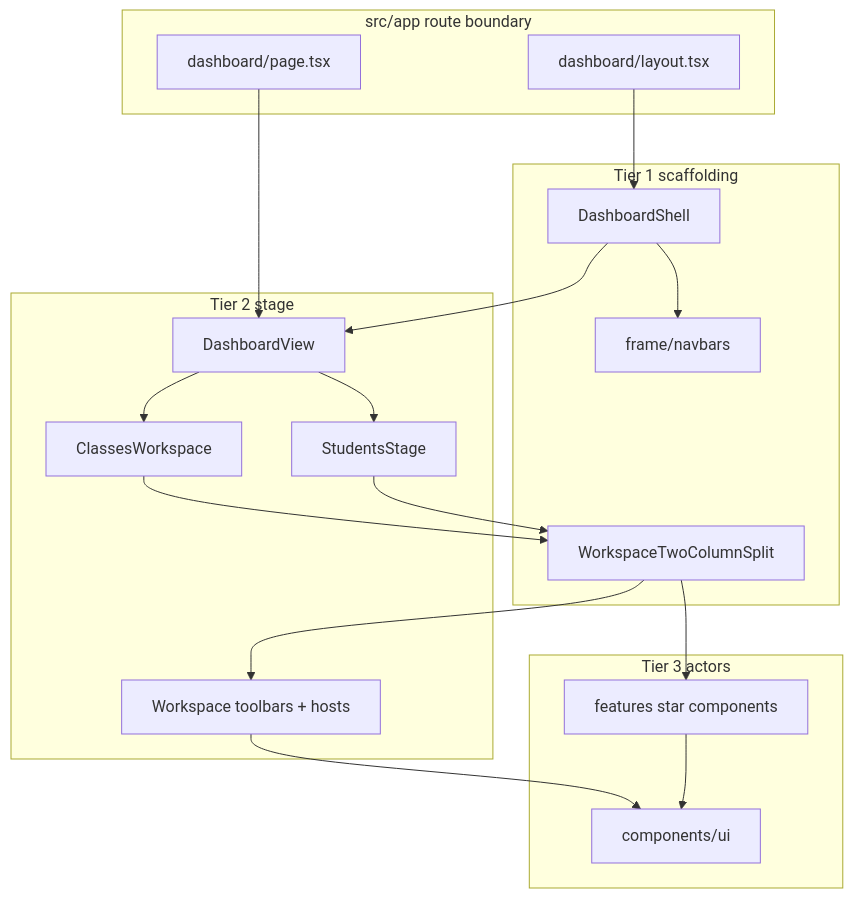
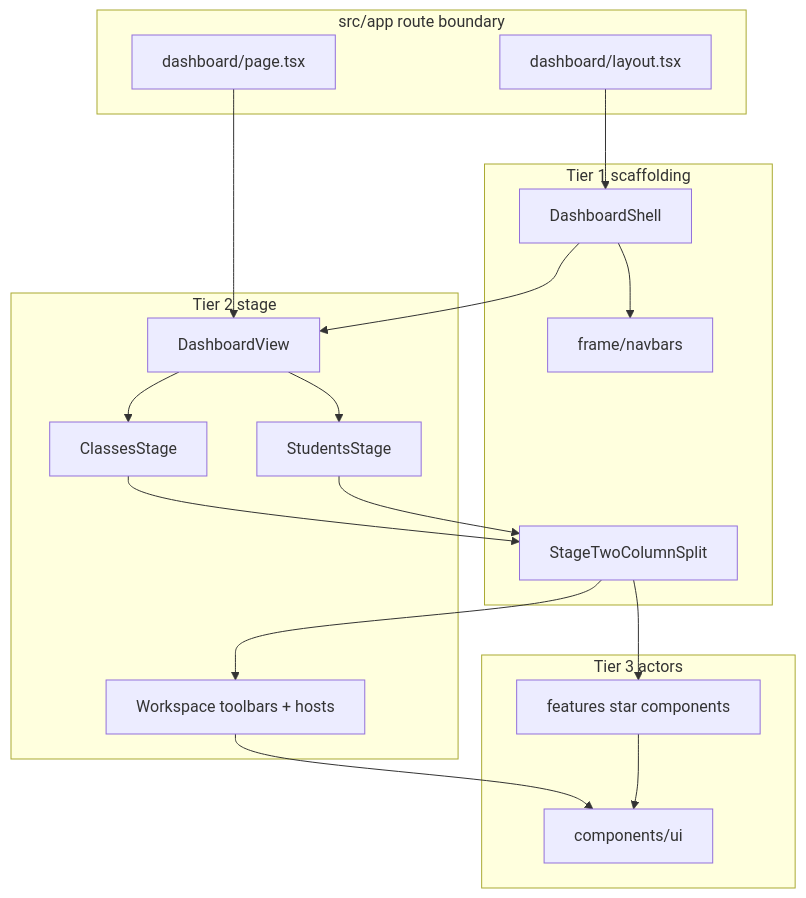
One commit to kisdreamteam/KIS-Points-V2-Live changed the diagram in docs/visual-layer-map.md. Above: the diagram before and after it, drawn with Mermaid. The commit also changed other lines of this file and 11 other files, not shown here.

First line of the commit message:
refactor(dashboard): rename classes stage and stage split frame

````diff
--- a/docs/visual-layer-map.md
+++ b/docs/visual-layer-map.md
@@ -32,34 +32,34 @@
 ```mermaid
 flowchart TD
   subgraph routes [src/app route boundary]
     DL[dashboard/layout.tsx]
     DP[dashboard/page.tsx]
   end
   subgraph t1 [Tier 1 scaffolding]
     DS[DashboardShell]
     FN[frame/navbars]
-    W2[WorkspaceTwoColumnSplit]
+    W2[StageTwoColumnSplit]
   end
   subgraph t2 [Tier 2 stage]
     DV[DashboardView]
-    CW[ClassesWorkspace]
+    CW[ClassesStage]
     SW[StudentsStage]
     TB[Workspace toolbars + hosts]
   end
   subgraph t3 [Tier 3 actors]
     UI[components/ui]
     FC[features star components]
   end
   DL --> DS
   DP --> DV
   DS --> FN
   DS --> DV
   DV --> CW
   DV --> SW
   CW --> W2
   SW --> W2
   W2 --> TB
   W2 --> FC
   TB --> UI
   FC --> UI
 ```
````
